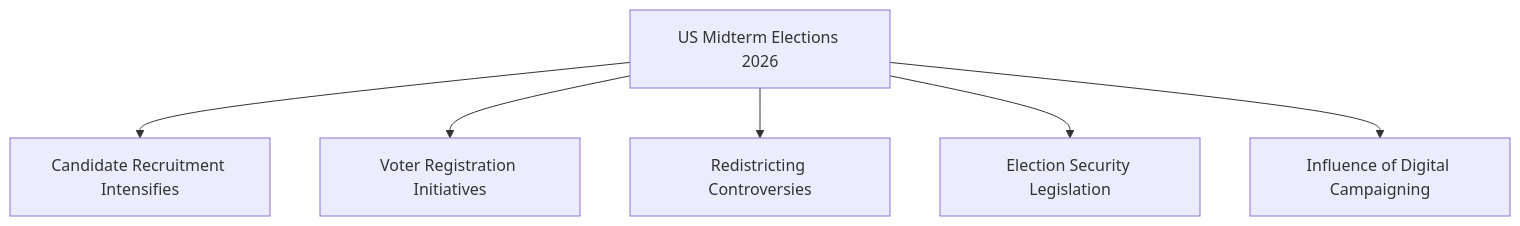
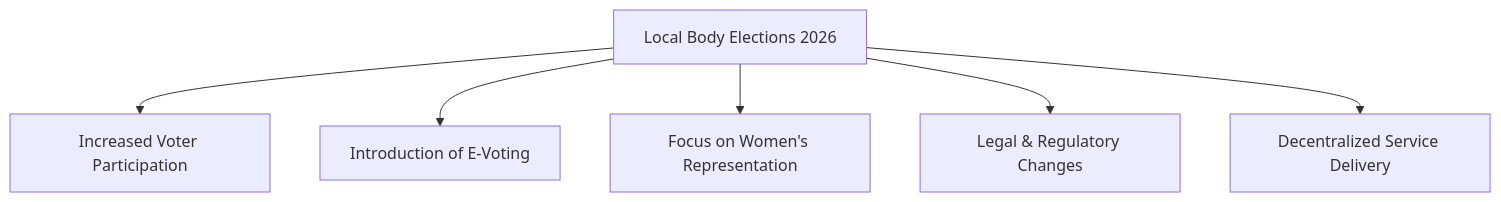
One commit to durgasai/learningrepo changed the diagram in notes.md. Above: the diagram before and after it, drawn with Mermaid. The commit also changed other lines of this file and 5 other files, not shown here.

````diff
--- a/notes.md
+++ b/notes.md
@@ -5,15 +5,15 @@
 ```mermaid
 flowchart TD
-A["US Midterm Elections 2026"]
-B["Candidate Recruitment Intensifies"]
-C["Voter Registration Initiatives"]
-D["Redistricting Controversies"]
-E["Election Security Legislation"]
-F["Influence of Digital Campaigning"]
+A["Local Body Elections 2026"]
+B["Increased Voter Participation"]
+C["Introduction of E-Voting"]
+D["Focus on Women's Representation"]
+E["Legal & Regulatory Changes"]
+F["Decentralized Service Delivery"]
 
 A --> B
 A --> C
 A --> D
 A --> E
 A --> F
 ```
````
